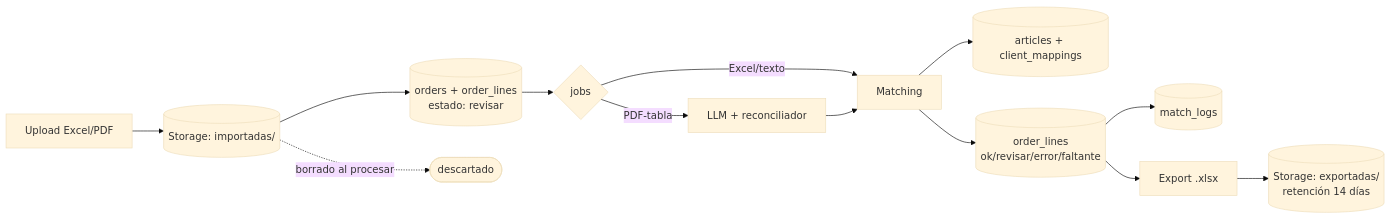
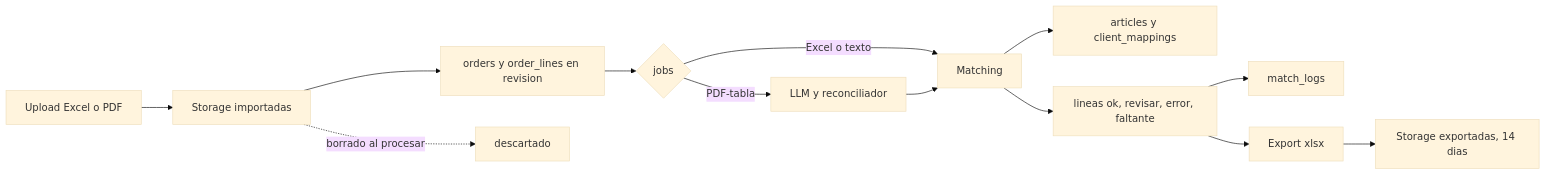
The third of 3 diagrams in docs/05-architecture/architecture.md (NicolasFerreras/parity-Docs), drawn with Mermaid (base theme) before and after one commit. The commit also changed other lines of this file and 10 other files, not shown here.

Commit message:
docs: 15 puntos (mermaids, lista decisiones, data-model público, agentes, sin push-rules)

````diff
--- a/docs/05-architecture/architecture.md
+++ b/docs/05-architecture/architecture.md
@@ -49,15 +52,15 @@
 ```mermaid
 flowchart LR
-    U[Upload Excel/PDF] --> S[(Storage: importadas/)]
-    S --> O[(orders + order_lines<br/>estado: revisar)]
+    U[Upload Excel o PDF] --> S[Storage importadas]
+    S --> O[orders y order_lines en revision]
     O --> J{jobs}
-    J -->|PDF-tabla| L[LLM + reconciliador]
-    J -->|Excel/texto| M[Matching]
+    J -->|PDF-tabla| L[LLM y reconciliador]
+    J -->|Excel o texto| M[Matching]
     L --> M
-    M --> A[(articles + client_mappings)]
-    M --> G[(order_lines<br/>ok/revisar/error/faltante)]
-    G --> LG[(match_logs)]
-    G --> E[Export .xlsx]
-    E --> SX[(Storage: exportadas/<br/>retención 14 días)]
-    S -.->|borrado al procesar| X([descartado])
+    M --> A[articles y client_mappings]
+    M --> G[lineas ok, revisar, error, faltante]
+    G --> LG[match_logs]
+    G --> E[Export xlsx]
+    E --> SX[Storage exportadas, 14 dias]
+    S -.->|borrado al procesar| X[descartado]
 ```
````
